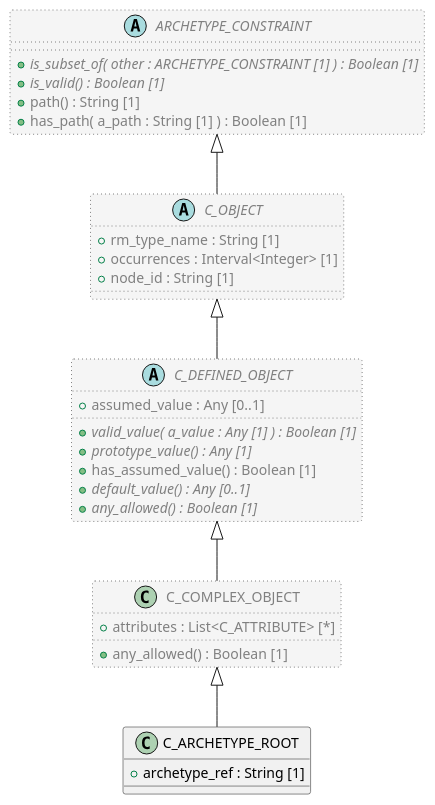
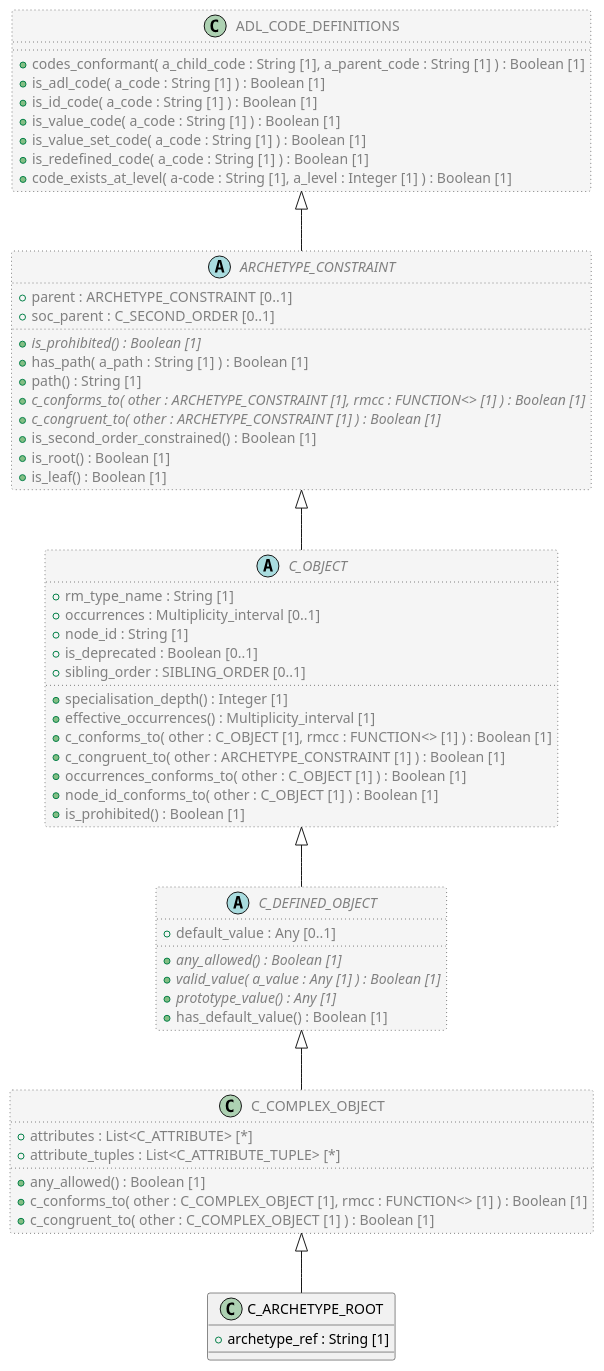
Before and after one commit to sebastian-iancu/code-generator: the diagram in code/Adoc/openehr_am_2.4.0/plantUML/classes/org.openehr.am.aom2.c_archetype_root.adoc, drawn with PlantUML. The commit also changed 719 other files, not shown here.

```diff
--- a/code/Adoc/openehr_am_2.4.0/plantUML/classes/org.openehr.am.aom2.c_archetype_root.adoc
+++ b/code/Adoc/openehr_am_2.4.0/plantUML/classes/org.openehr.am.aom2.c_archetype_root.adoc
@@ -1,46 +1,75 @@
 [plantuml,C_ARCHETYPE_ROOT,format=svg,svg-type="inline"]
 -----
 @startuml
 
 class C_ARCHETYPE_ROOT {
   + archetype_ref : String [1]
 }
 
 class C_COMPLEX_OBJECT  #whitesmoke;line:gray;line.dotted;text:gray {
   + attributes : List<C_ATTRIBUTE> [*]
+  + attribute_tuples : List<C_ATTRIBUTE_TUPLE> [*]
   + any_allowed() : Boolean [1]
+  + c_conforms_to( other : C_COMPLEX_OBJECT [1], rmcc : FUNCTION<> [1] ) : Boolean [1]
+  + c_congruent_to( other : C_COMPLEX_OBJECT [1] ) : Boolean [1]
 }
 
 abstract class C_DEFINED_OBJECT  #whitesmoke;line:gray;line.dotted;text:gray {
-  + assumed_value : Any [0..1]
+  + default_value : Any [0..1]
+  + {abstract} any_allowed() : Boolean [1]
   + {abstract} valid_value( a_value : Any [1] ) : Boolean [1]
   + {abstract} prototype_value() : Any [1]
-  + has_assumed_value() : Boolean [1]
-  + {abstract} default_value() : Any [0..1]
-  + {abstract} any_allowed() : Boolean [1]
+  + has_default_value() : Boolean [1]
 }
 
 abstract class C_OBJECT  #whitesmoke;line:gray;line.dotted;text:gray {
   + rm_type_name : String [1]
-  + occurrences : Interval<Integer> [1]
+  + occurrences : Multiplicity_interval [0..1]
   + node_id : String [1]
+  + is_deprecated : Boolean [0..1]
+  + sibling_order : SIBLING_ORDER [0..1]
+  + specialisation_depth() : Integer [1]
+  + effective_occurrences() : Multiplicity_interval [1]
+  + c_conforms_to( other : C_OBJECT [1], rmcc : FUNCTION<> [1] ) : Boolean [1]
+  + c_congruent_to( other : ARCHETYPE_CONSTRAINT [1] ) : Boolean [1]
+  + occurrences_conforms_to( other : C_OBJECT [1] ) : Boolean [1]
+  + node_id_conforms_to( other : C_OBJECT [1] ) : Boolean [1]
+  + is_prohibited() : Boolean [1]
 }
 
 abstract class ARCHETYPE_CONSTRAINT  #whitesmoke;line:gray;line.dotted;text:gray {
-  + {abstract} is_subset_of( other : ARCHETYPE_CONSTRAINT [1] ) : Boolean [1]
-  + {abstract} is_valid() : Boolean [1]
+  + parent : ARCHETYPE_CONSTRAINT [0..1]
+  + soc_parent : C_SECOND_ORDER [0..1]
+  + {abstract} is_prohibited() : Boolean [1]
+  + has_path( a_path : String [1] ) : Boolean [1]
   + path() : String [1]
-  + has_path( a_path : String [1] ) : Boolean [1]
+  + {abstract} c_conforms_to( other : ARCHETYPE_CONSTRAINT [1], rmcc : FUNCTION<> [1] ) : Boolean [1]
+  + {abstract} c_congruent_to( other : ARCHETYPE_CONSTRAINT [1] ) : Boolean [1]
+  + is_second_order_constrained() : Boolean [1]
+  + is_root() : Boolean [1]
+  + is_leaf() : Boolean [1]
 }
+
+class ADL_CODE_DEFINITIONS  #whitesmoke;line:gray;line.dotted;text:gray {
+  + codes_conformant( a_child_code : String [1], a_parent_code : String [1] ) : Boolean [1]
+  + is_adl_code( a_code : String [1] ) : Boolean [1]
+  + is_id_code( a_code : String [1] ) : Boolean [1]
+  + is_value_code( a_code : String [1] ) : Boolean [1]
+  + is_value_set_code( a_code : String [1] ) : Boolean [1]
+  + is_redefined_code( a_code : String [1] ) : Boolean [1]
+  + code_exists_at_level( a-code : String [1], a_level : Integer [1] ) : Boolean [1]
+}
+
+ADL_CODE_DEFINITIONS <|-- ARCHETYPE_CONSTRAINT
 
 ARCHETYPE_CONSTRAINT <|-- C_OBJECT
 
 C_OBJECT <|-- C_DEFINED_OBJECT
 
 C_DEFINED_OBJECT <|-- C_COMPLEX_OBJECT
 
 C_COMPLEX_OBJECT <|-- C_ARCHETYPE_ROOT
 
 
 @enduml
 -----
```
